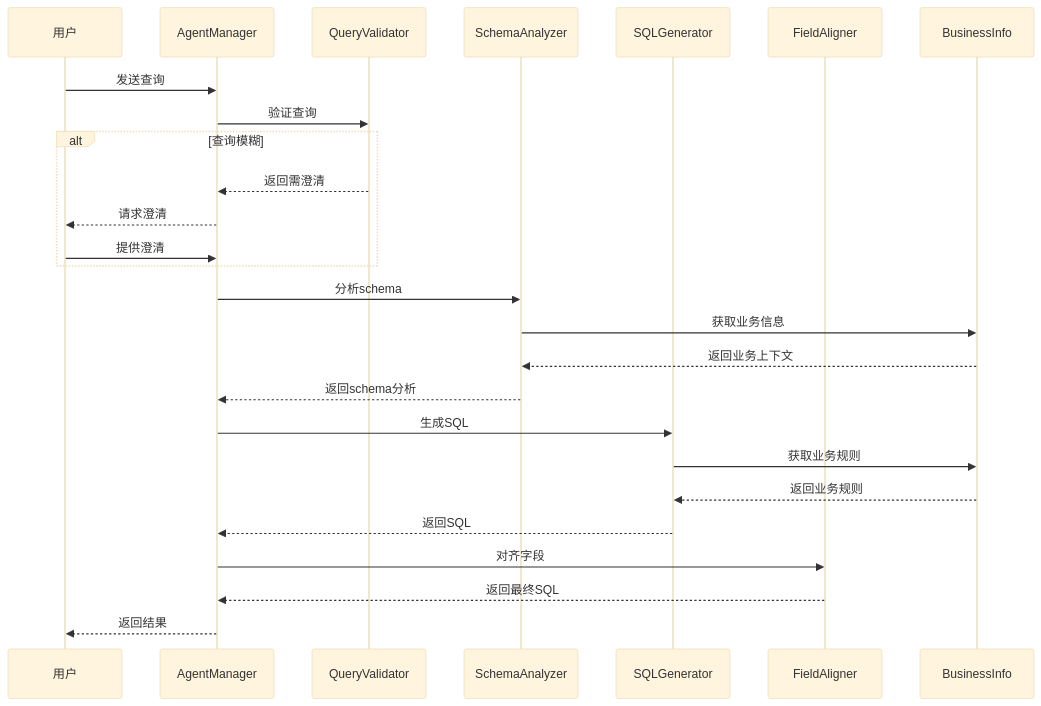
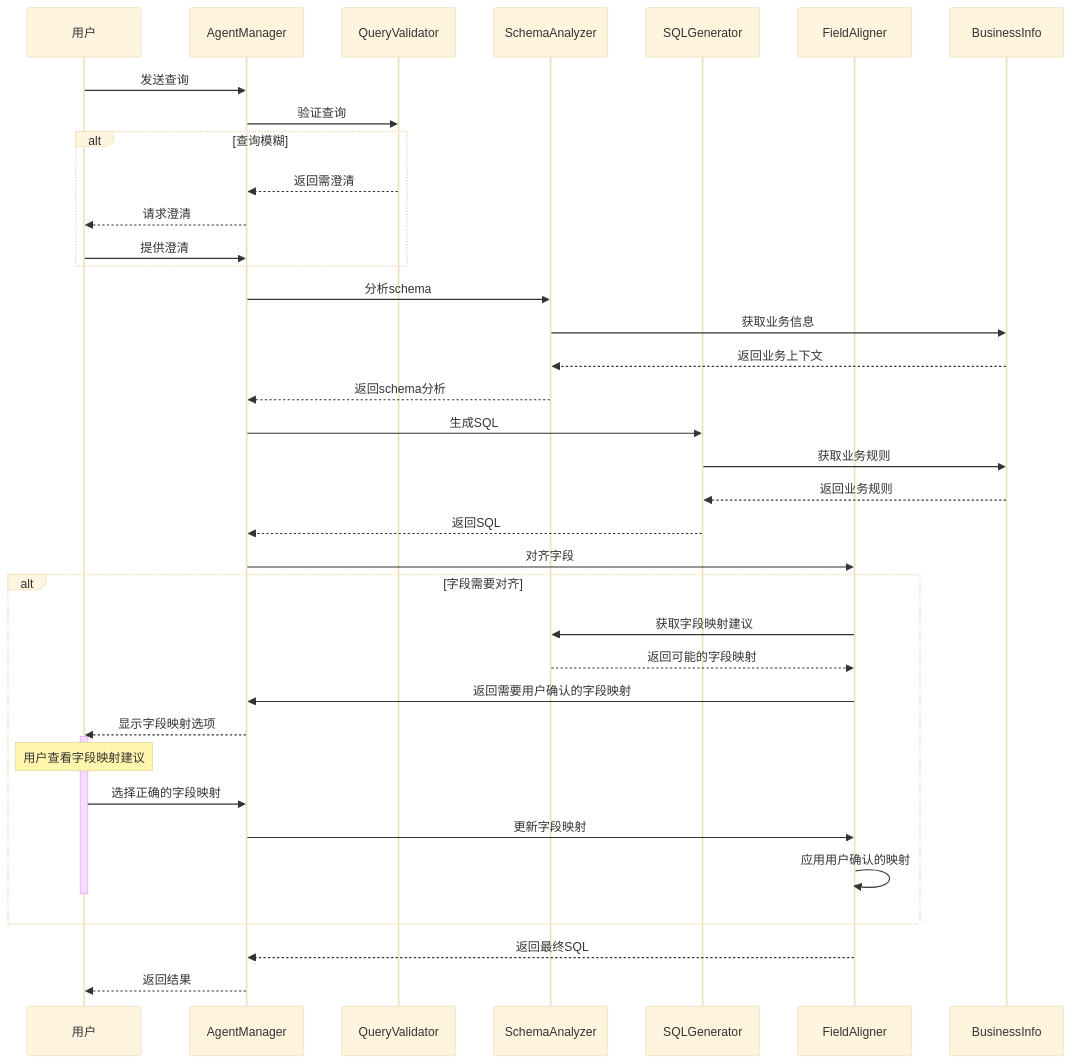
Before and after one commit to Zqzqsb/Go-Text2Sql: the sixth of 7 diagrams in docs/agents 设计方案.md, drawn with Mermaid (base theme). The commit also changed other lines of this file, not shown here.

````diff
--- a/docs/agents 设计方案.md
+++ b/docs/agents 设计方案.md
@@ -190,34 +220,51 @@
 ```mermaid
 sequenceDiagram
     participant U as 用户
     participant AM as AgentManager
     participant QV as QueryValidator
     participant SA as SchemaAnalyzer
     participant SG as SQLGenerator
     participant FA as FieldAligner
     participant BI as BusinessInfo
     
     U->>AM: 发送查询
     AM->>QV: 验证查询
     
     alt 查询模糊
         QV-->>AM: 返回需澄清
         AM-->>U: 请求澄清
         U->>AM: 提供澄清
     end
     
     AM->>SA: 分析schema
     SA->>BI: 获取业务信息
     BI-->>SA: 返回业务上下文
     SA-->>AM: 返回schema分析
     
     AM->>SG: 生成SQL
     SG->>BI: 获取业务规则
     BI-->>SG: 返回业务规则
     SG-->>AM: 返回SQL
     
     AM->>FA: 对齐字段
+    
+    alt 字段需要对齐
+        FA->>SA: 获取字段映射建议
+        SA-->>FA: 返回可能的字段映射
+        FA->>AM: 返回需要用户确认的字段映射
+        AM-->>U: 显示字段映射选项
+        
+        activate U
+        Note over U: 用户查看字段映射建议
+        
+        U->>AM: 选择正确的字段映射
+        AM->>FA: 更新字段映射
+        
+        FA->>FA: 应用用户确认的映射
+        deactivate U
+    end
+    
     FA-->>AM: 返回最终SQL
     
     AM-->>U: 返回结果
 ```
````
